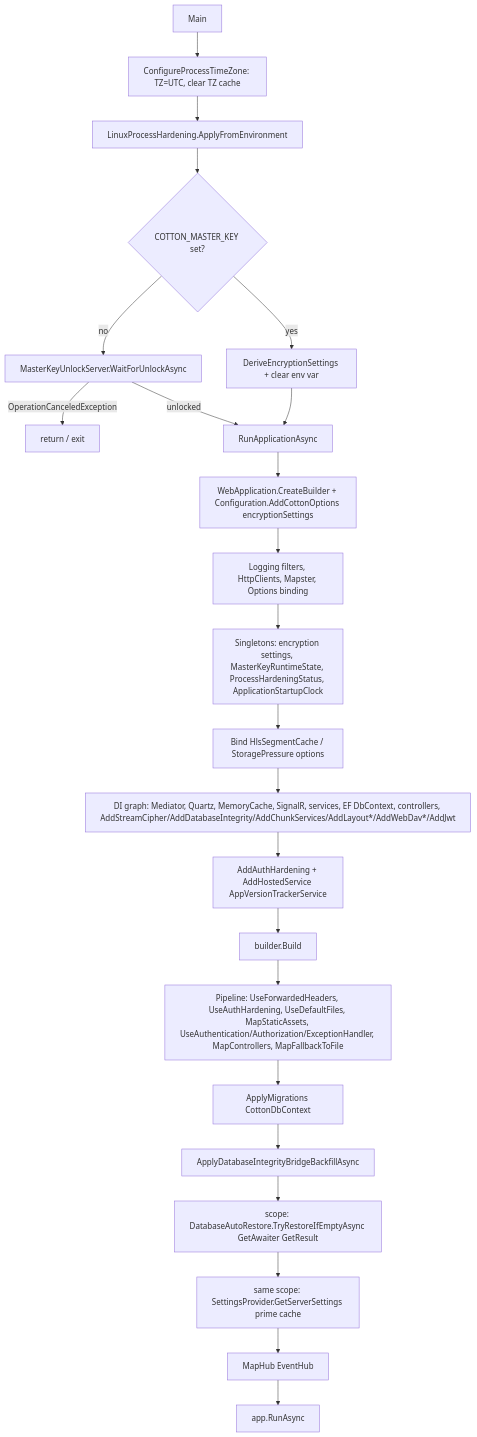
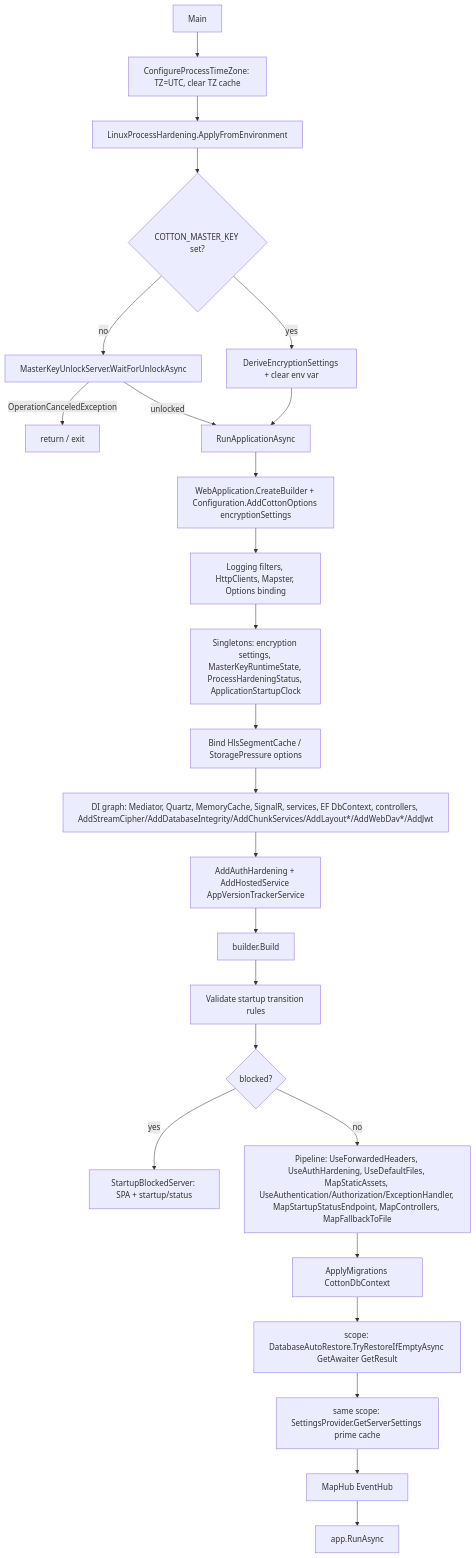
One commit to bvdcode/cotton changed the diagram in docs/technical/25-configuration-startup.md. Above: the diagram before and after it, drawn with Mermaid. The commit also changed other lines of this file and 50 other files, not shown here.

Commit message:
feat: enforce database startup transition guard

````diff
--- a/docs/technical/25-configuration-startup.md
+++ b/docs/technical/25-configuration-startup.md
@@ -258,25 +258,27 @@
 ```mermaid
 flowchart TD
     A[Main] --> B[ConfigureProcessTimeZone: TZ=UTC, clear TZ cache]
     B --> C[LinuxProcessHardening.ApplyFromEnvironment]
     C --> D{COTTON_MASTER_KEY set?}
     D -- yes --> E[DeriveEncryptionSettings + clear env var]
     D -- no --> F[MasterKeyUnlockServer.WaitForUnlockAsync]
     F -- OperationCanceledException --> Z[return / exit]
     E --> G[RunApplicationAsync]
     F -- unlocked --> G
     G --> H[WebApplication.CreateBuilder + Configuration.AddCottonOptions encryptionSettings]
     H --> I[Logging filters, HttpClients, Mapster, Options binding]
     I --> J[Singletons: encryption settings, MasterKeyRuntimeState, ProcessHardeningStatus, ApplicationStartupClock]
     J --> K[Bind HlsSegmentCache / StoragePressure options]
     K --> L[DI graph: Mediator, Quartz, MemoryCache, SignalR, services, EF DbContext, controllers, AddStreamCipher/AddDatabaseIntegrity/AddChunkServices/AddLayout*/AddWebDav*/AddJwt]
     L --> M[AddAuthHardening + AddHostedService AppVersionTrackerService]
     M --> N[builder.Build]
-    N --> O[Pipeline: UseForwardedHeaders, UseAuthHardening, UseDefaultFiles, MapStaticAssets, UseAuthentication/Authorization/ExceptionHandler, MapControllers, MapFallbackToFile]
-    O --> P[ApplyMigrations CottonDbContext]
-    P --> Q[ApplyDatabaseIntegrityBridgeBackfillAsync]
-    Q --> R[scope: DatabaseAutoRestore.TryRestoreIfEmptyAsync GetAwaiter GetResult]
-    R --> S[same scope: SettingsProvider.GetServerSettings prime cache]
-    S --> T[MapHub EventHub]
-    T --> U[app.RunAsync]
+    N --> O[Validate startup transition rules]
+    O --> P{blocked?}
+    P -- yes --> Q[StartupBlockedServer: SPA + startup/status]
+    P -- no --> R[Pipeline: UseForwardedHeaders, UseAuthHardening, UseDefaultFiles, MapStaticAssets, UseAuthentication/Authorization/ExceptionHandler, MapStartupStatusEndpoint, MapControllers, MapFallbackToFile]
+    R --> S[ApplyMigrations CottonDbContext]
+    S --> T[scope: DatabaseAutoRestore.TryRestoreIfEmptyAsync GetAwaiter GetResult]
+    T --> U[same scope: SettingsProvider.GetServerSettings prime cache]
+    U --> V[MapHub EventHub]
+    V --> W[app.RunAsync]
 ```
````
